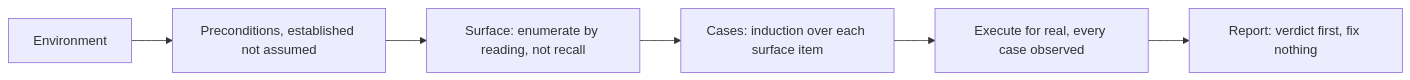
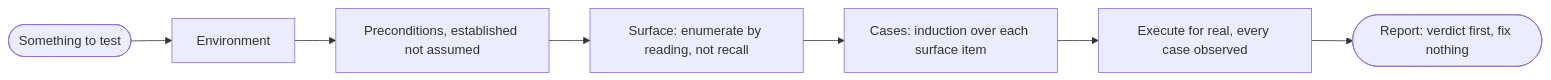
The diagram in skills/mode/modes/tester.md (EthanITA/Mode), drawn with Mermaid before and after one commit. The commit also changed other lines of this file and 17 other files, not shown here.

Commit message:
docs(modes): every diagram opens on its trigger, draws its loops and marks its exits

````diff
--- a/skills/mode/modes/tester.md
+++ b/skills/mode/modes/tester.md
@@ -26,8 +26,9 @@
 ```mermaid
 flowchart LR
-    E[Environment] --> P[Preconditions, established not assumed]
+    T([Something to test]) --> E[Environment]
+    E --> P[Preconditions, established not assumed]
     P --> S[Surface: enumerate by reading, not recall]
     S --> C[Cases: induction over each surface item]
     C --> X[Execute for real, every case observed]
-    X --> R[Report: verdict first, fix nothing]
+    X --> R([Report: verdict first, fix nothing])
 ```
````
